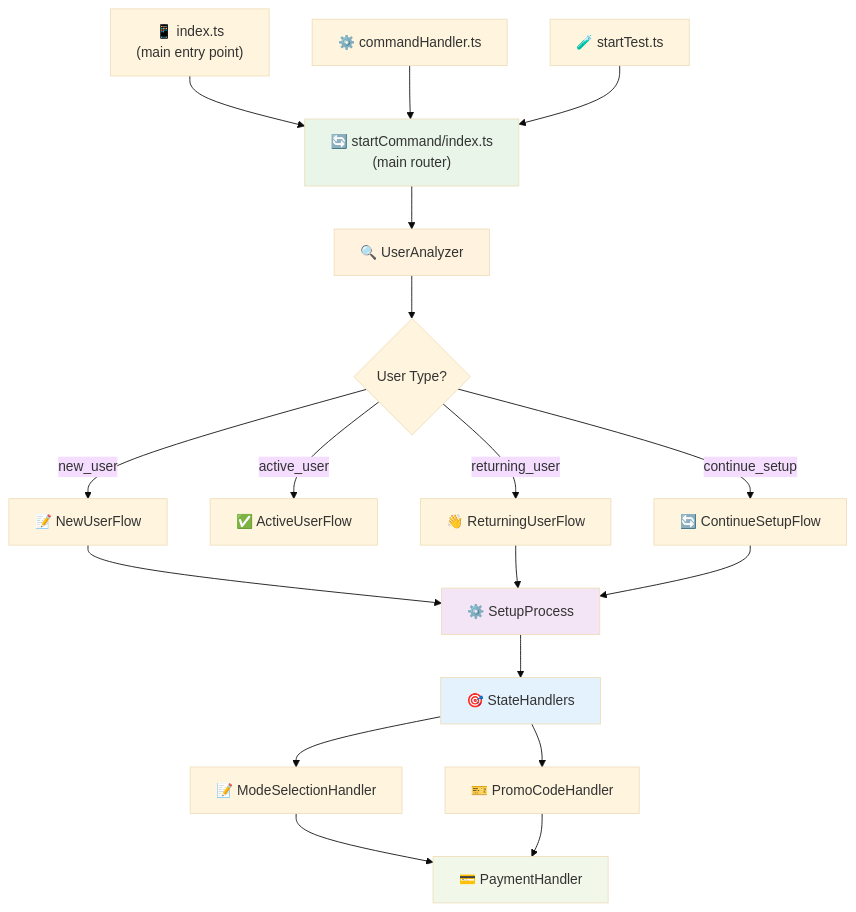
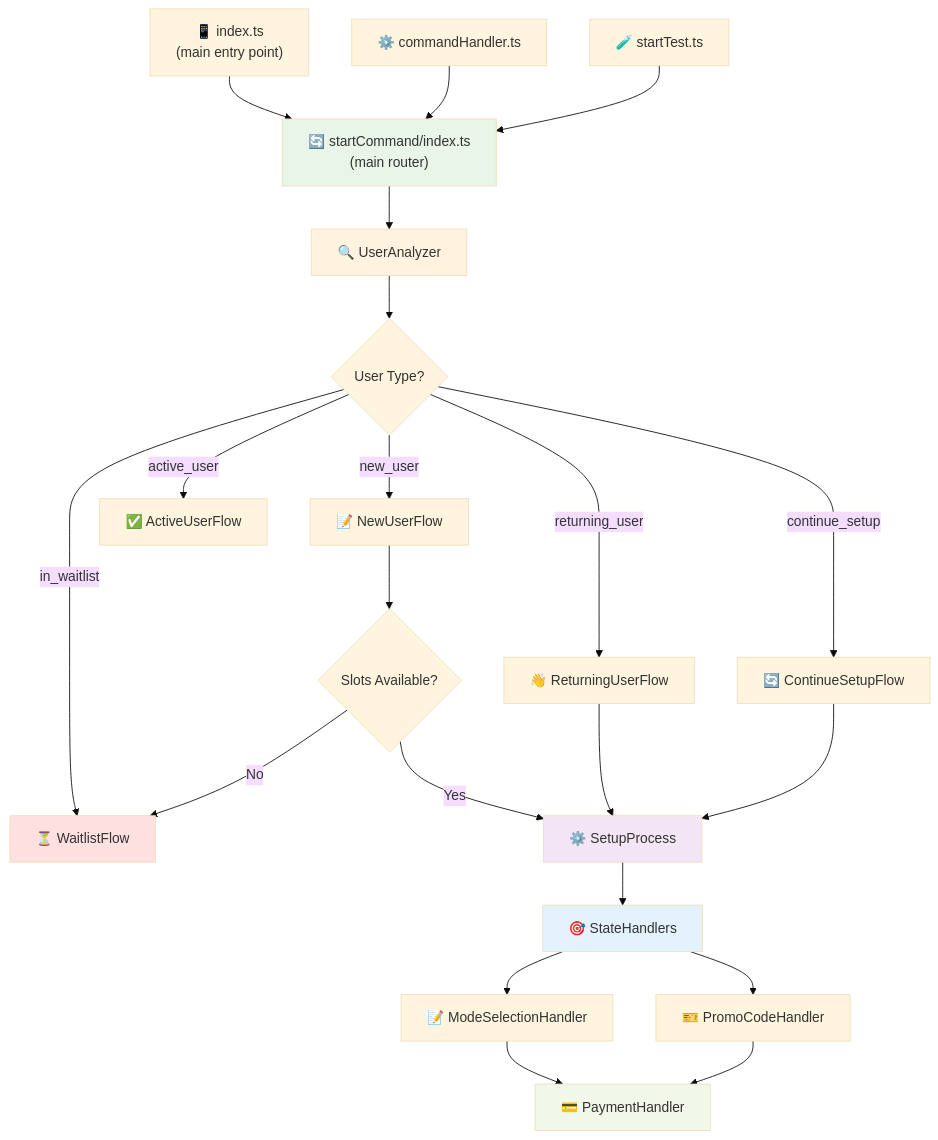
The diagram in supabase/functions/bot/startCommand/README.md (rrrtem/yad-everyday-bot), drawn with Mermaid (base theme) before and after one commit. The commit also changed other lines of this file and 14 other files, not shown here.

````diff
--- a/supabase/functions/bot/startCommand/README.md
+++ b/supabase/functions/bot/startCommand/README.md
@@ -7,31 +7,36 @@
 ```mermaid
 graph TD
     A["📱 index.ts<br/>(main entry point)"] --> B["🔄 startCommand/index.ts<br/>(main router)"]
     C["⚙️ commandHandler.ts"] --> B
     D["🧪 startTest.ts"] --> B
     
     B --> E["🔍 UserAnalyzer"]
     E --> F{"User Type?"}
     
     F -->|new_user| G["📝 NewUserFlow"]
     F -->|active_user| H["✅ ActiveUserFlow"]
     F -->|continue_setup| I["🔄 ContinueSetupFlow"]
     F -->|returning_user| J["👋 ReturningUserFlow"]
+    F -->|in_waitlist| P["⏳ WaitlistFlow"]
     
-    G --> K["⚙️ SetupProcess"]
+    G --> Q{"Slots Available?"}
+    Q -->|Yes| K["⚙️ SetupProcess"]
+    Q -->|No| P
+    
     J --> K
     I --> K
     
     K --> L["🎯 StateHandlers"]
     L --> M["📝 ModeSelectionHandler"]
     L --> N["🎫 PromoCodeHandler"]
     
     M --> O["💳 PaymentHandler"]
     N --> O
     
     style B fill:#e8f5e8
     style E fill:#fff3e0
     style K fill:#f3e5f5
     style L fill:#e3f2fd
     style O fill:#f1f8e9
+    style P fill:#ffe0e0
 ```
````
